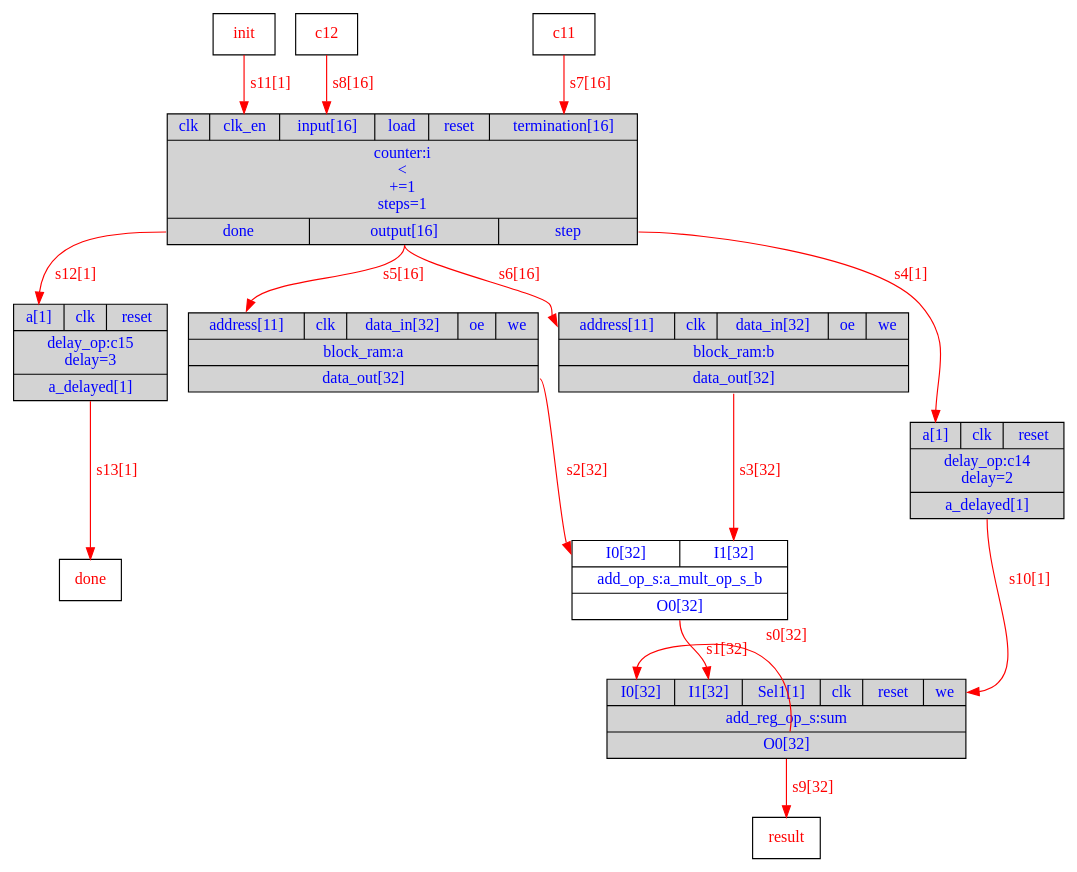
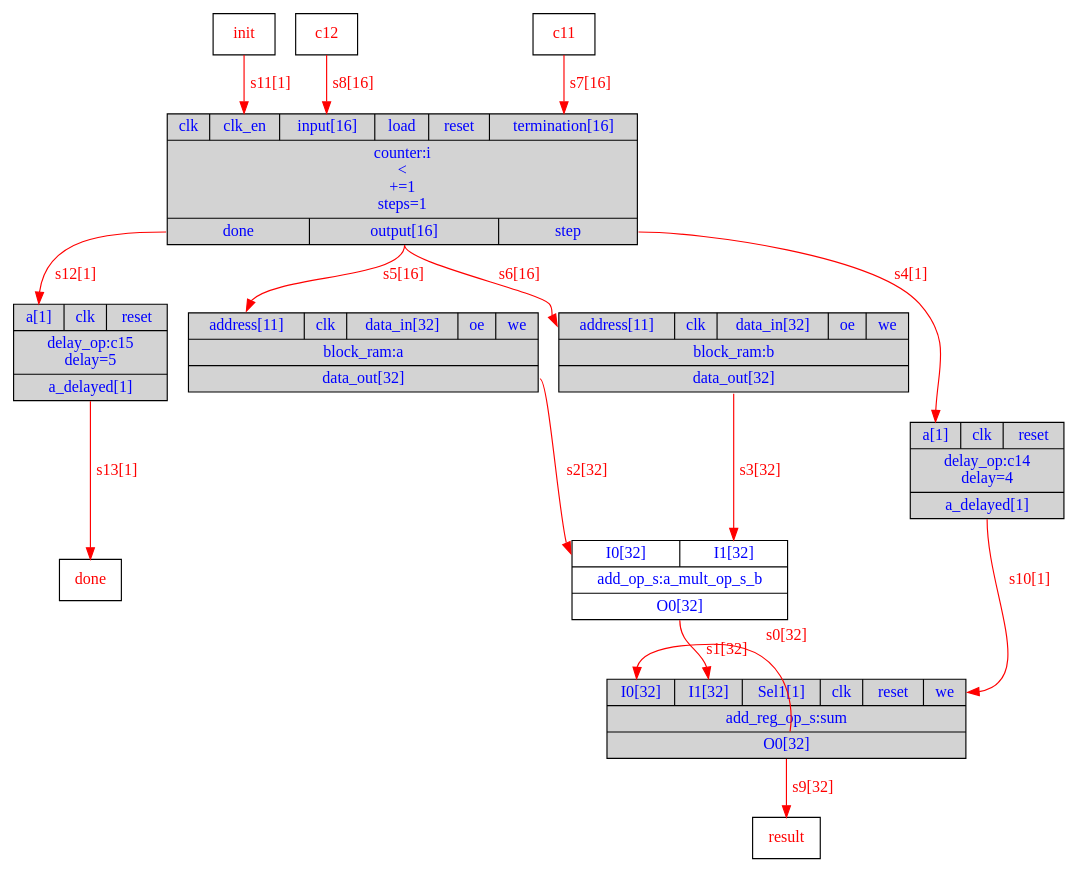
Before and after one commit to menotti/lalp: the diagram in branches/LALPC/Exemplos/dotprod/DOT/Exemplo_HW.dot, drawn with Graphviz. The commit also changed 61 other files, not shown here.

```diff
--- a/branches/LALPC/Exemplos/dotprod/DOT/Exemplo_HW.dot
+++ b/branches/LALPC/Exemplos/dotprod/DOT/Exemplo_HW.dot
@@ -1,25 +1,25 @@
 digraph diagram {
 // Components (Nodes) 
 "i" [shape=record, fontcolor=blue, style="filled", fillcolor="lightgray", label="{{<clk>clk|<clk_en>clk_en|<input>input[16]|<load>load|<reset>reset|<termination>termination[16]}|counter:i\n\<\n+=1\nsteps=1|{<done>done|<output>output[16]|<step>step}}"]; 
 "sum" [shape=record, fontcolor=blue, style="filled", fillcolor="lightgray", label="{{<I0>I0[32]|<I1>I1[32]|<Sel1>Sel1[1]|<clk>clk|<reset>reset|<we>we}|add_reg_op_s:sum|{<O0>O0[32]}}"]; 
 "a_mult_op_s_b" [shape=record, fontcolor=blue, label="{{<I0>I0[32]|<I1>I1[32]}|add_op_s:a_mult_op_s_b|{<O0>O0[32]}}"]; 
 "a" [shape=record, fontcolor=blue, style="filled", fillcolor="lightgray", label="{{<address>address[11]|<clk>clk|<data_in>data_in[32]|<oe>oe|<we>we}|block_ram:a|{<data_out>data_out[32]}}"]; 
 "b" [shape=record, fontcolor=blue, style="filled", fillcolor="lightgray", label="{{<address>address[11]|<clk>clk|<data_in>data_in[32]|<oe>oe|<we>we}|block_ram:b|{<data_out>data_out[32]}}"]; 
-"init" [shape=msquare fontcolor=red label="init"]"done" [shape=msquare fontcolor=red label="done"]"c11" [shape=msquare fontcolor=red label="c11"]"c12" [shape=msquare fontcolor=red label="c12"]"result" [shape=msquare fontcolor=red label="result"]"c14" [shape=record, fontcolor=blue, style="filled", fillcolor="lightgray", label="{{<a>a[1]|<clk>clk|<reset>reset}|delay_op:c14\ndelay=2|{<a_delayed>a_delayed[1]}}"]; 
-"c15" [shape=record, fontcolor=blue, style="filled", fillcolor="lightgray", label="{{<a>a[1]|<clk>clk|<reset>reset}|delay_op:c15\ndelay=3|{<a_delayed>a_delayed[1]}}"]; 
+"init" [shape=msquare fontcolor=red label="init"]"done" [shape=msquare fontcolor=red label="done"]"c11" [shape=msquare fontcolor=red label="c11"]"c12" [shape=msquare fontcolor=red label="c12"]"result" [shape=msquare fontcolor=red label="result"]"c14" [shape=record, fontcolor=blue, style="filled", fillcolor="lightgray", label="{{<a>a[1]|<clk>clk|<reset>reset}|delay_op:c14\ndelay=4|{<a_delayed>a_delayed[1]}}"]; 
+"c15" [shape=record, fontcolor=blue, style="filled", fillcolor="lightgray", label="{{<a>a[1]|<clk>clk|<reset>reset}|delay_op:c15\ndelay=5|{<a_delayed>a_delayed[1]}}"]; 
 // Signals (Edges) 
 "sum":O0 -> "sum":I0[label="s0[32]" color=red fontcolor=red]; 
 "a_mult_op_s_b":O0 -> "sum":I1[label="s1[32]" color=red fontcolor=red]; 
 "a":data_out -> "a_mult_op_s_b":I0[label="s2[32]" color=red fontcolor=red]; 
 "b":data_out -> "a_mult_op_s_b":I1[label="s3[32]" color=red fontcolor=red]; 
 "i":step -> "c14":a[label="s4[1]" color=red fontcolor=red]; 
 "i":output -> "a":address[label="s5[16]" color=red fontcolor=red]; 
 "i":output -> "b":address[label="s6[16]" color=red fontcolor=red]; 
 "c11":out -> "i":termination[label="s7[16]" color=red fontcolor=red]; 
 "c12":out -> "i":input[label="s8[16]" color=red fontcolor=red]; 
 "sum":O0 -> "result":in[label="s9[32]" color=red fontcolor=red]; 
 "c14":a_delayed -> "sum":we[label="s10[1]" color=red fontcolor=red]; 
 "init":out -> "i":clk_en[label="s11[1]" color=red fontcolor=red]; 
 "i":done -> "c15":a[label="s12[1]" color=red fontcolor=red]; 
 "c15":a_delayed -> "done":in[label="s13[1]" color=red fontcolor=red]; 
 }
```
